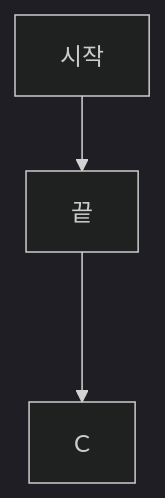
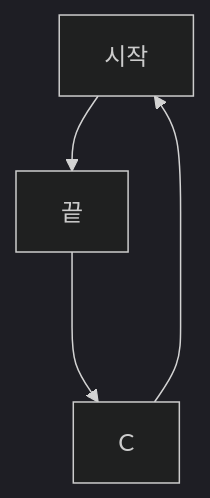
Before and after one commit to Wonsoox/Tutorial_GithubTutorial: the diagram in Tetris_Mermaid.md, drawn with Mermaid (dark theme).

````diff
--- a/Tetris_Mermaid.md
+++ b/Tetris_Mermaid.md
@@ -1,6 +1,7 @@
 ```mermaid
 graph TD
     A[시작] --> B[끝]
     B ---> C
+    C ---> A
 
 ```
````
